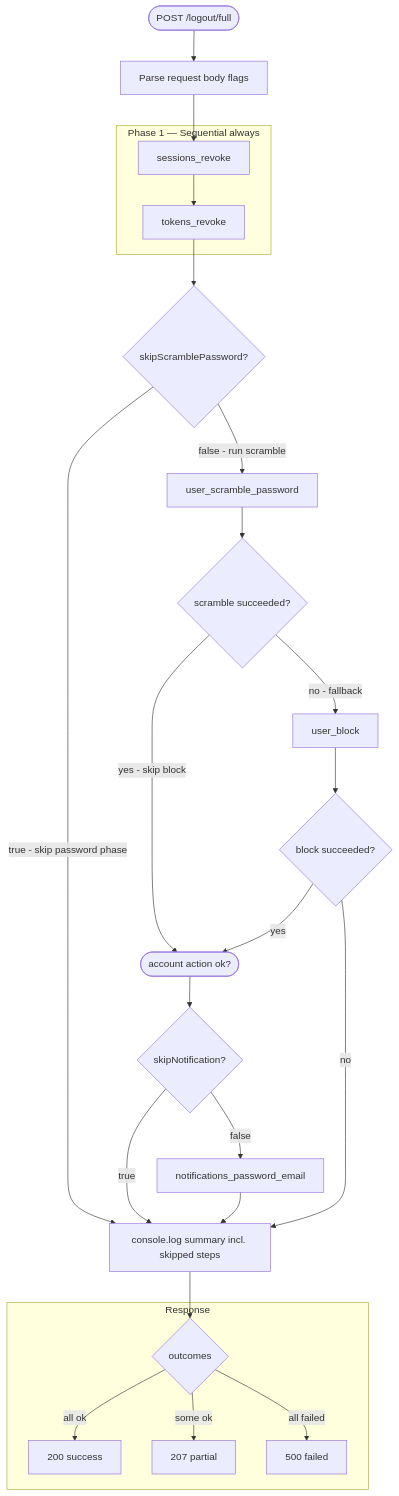
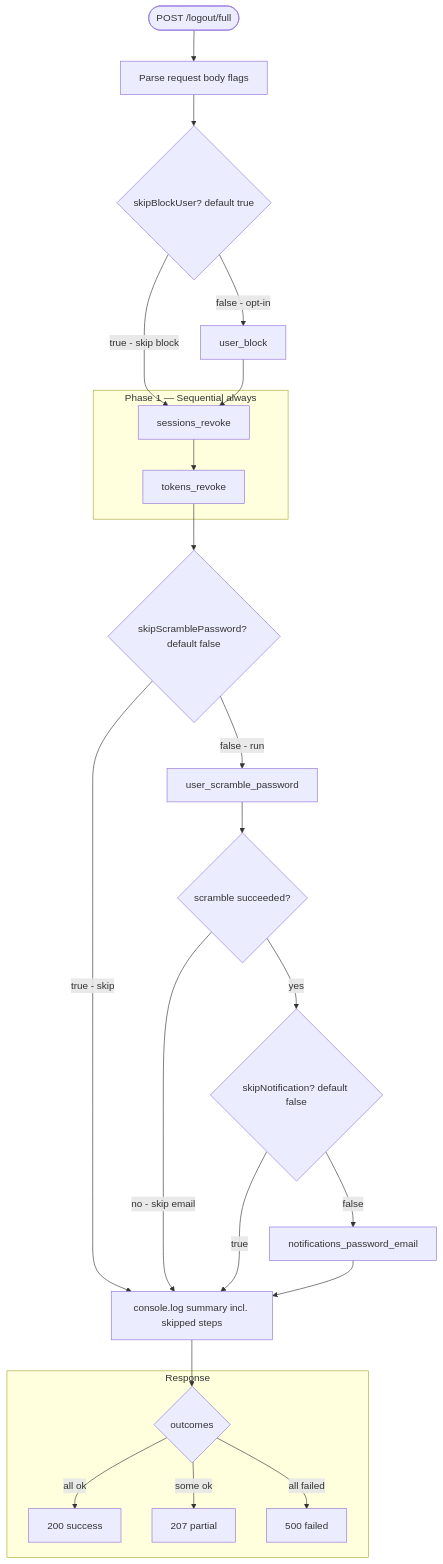
One commit to saimanda/cia-user-management changed the third of 4 diagrams in README.md. Above: the diagram before and after it, drawn with Mermaid. The commit also changed other lines of this file and 3 other files, not shown here.

First line of the commit message:
feat(logout): add skipBlockUser flag — block user as optional step 0

````diff
--- a/README.md
+++ b/README.md
@@ -173,35 +174,35 @@
 ```mermaid
 flowchart TD
     START([POST /logout/full]) --> PARSE[Parse request body flags]
-    PARSE --> S1
+    PARSE --> SKIP_BLOCK{skipBlockUser? default true}
+
+    SKIP_BLOCK -->|false - opt-in| S0[user_block]
+    SKIP_BLOCK -->|true - skip block| S1
+
+    S0 --> S1
 
     subgraph Phase1["Phase 1 — Sequential always"]
         S1[sessions_revoke] --> S2[tokens_revoke]
     end
 
-    S2 --> SKIP_SCRAMBLE{skipScramblePassword?}
-    SKIP_SCRAMBLE -->|true - skip password phase| LOG
-    SKIP_SCRAMBLE -->|false - run scramble| S3[user_scramble_password]
+    S2 --> SKIP_SCRAMBLE{skipScramblePassword? default false}
+    SKIP_SCRAMBLE -->|true - skip| LOG
+    SKIP_SCRAMBLE -->|false - run| S3[user_scramble_password]
 
     S3 --> SCRAMBLE_OK{scramble succeeded?}
-    SCRAMBLE_OK -->|yes - skip block| EMAIL_GATE
-    SCRAMBLE_OK -->|no - fallback| S4[user_block]
+    SCRAMBLE_OK -->|no - skip email| LOG
+    SCRAMBLE_OK -->|yes| SKIP_NOTIFY{skipNotification? default false}
 
-    S4 --> BLOCK_OK{block succeeded?}
-    BLOCK_OK -->|yes| EMAIL_GATE
-    BLOCK_OK -->|no| LOG
-
-    EMAIL_GATE([account action ok?]) --> SKIP_NOTIFY{skipNotification?}
     SKIP_NOTIFY -->|true| LOG
     SKIP_NOTIFY -->|false| S5[notifications_password_email]
 
     S5 --> LOG
     LOG[console.log summary incl. skipped steps] --> RESPONSE
 
     subgraph Response
         RESPONSE{outcomes}
         RESPONSE -->|all ok| R200[200 success]
         RESPONSE -->|some ok| R207[207 partial]
         RESPONSE -->|all failed| R500[500 failed]
     end
 ```
````
